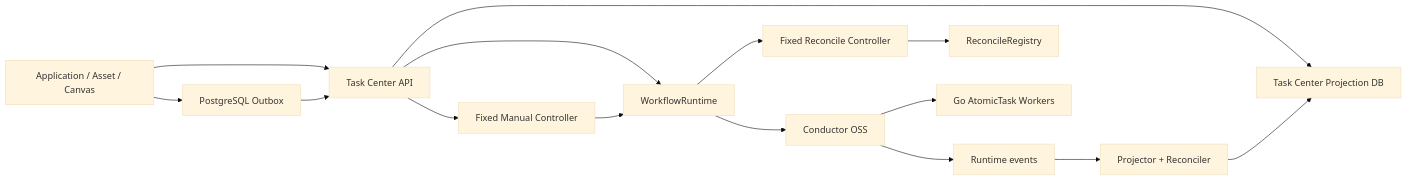
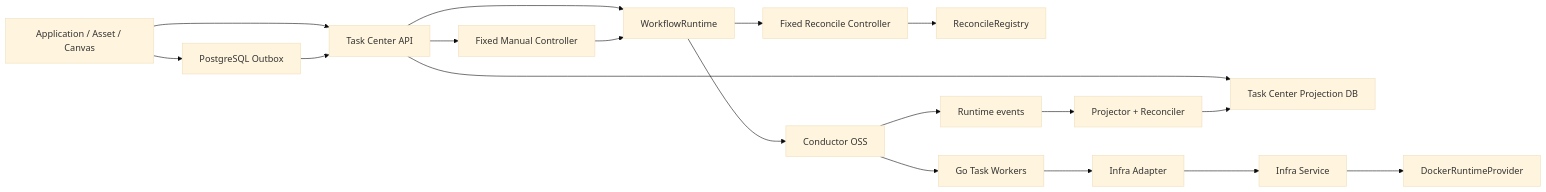
One commit to wangweihong/omnimam-spec changed the diagram in 02_architecture/domains/task-center.md. Above: the diagram before and after it, drawn with Mermaid (base theme). The commit also changed other lines of this file and 36 other files, not shown here.

````diff
--- a/02_architecture/domains/task-center.md
+++ b/02_architecture/domains/task-center.md
@@ -7,17 +7,20 @@
 ```mermaid
 flowchart LR
   Producers["Application / Asset / Canvas"] --> API["Task Center API"]
   Producers --> Outbox["PostgreSQL Outbox"]
   Outbox --> API
   API --> DB["Task Center Projection DB"]
   API --> Runtime["WorkflowRuntime"]
   API --> Manual["Fixed Manual Controller"]
   Manual --> Runtime
   Runtime --> Reconcile["Fixed Reconcile Controller"]
   Reconcile --> Registry["ReconcileRegistry"]
   Runtime --> Conductor["Conductor OSS"]
-  Conductor --> Workers["Go AtomicTask Workers"]
+  Conductor --> Workers["Go Task Workers"]
+  Workers --> Adapter["Infra Adapter"]
+  Adapter --> Infra["Infra Service"]
+  Infra --> Docker["DockerRuntimeProvider"]
   Conductor --> Events["Runtime events"]
   Events --> Projector["Projector + Reconciler"]
   Projector --> DB
 ```
````
